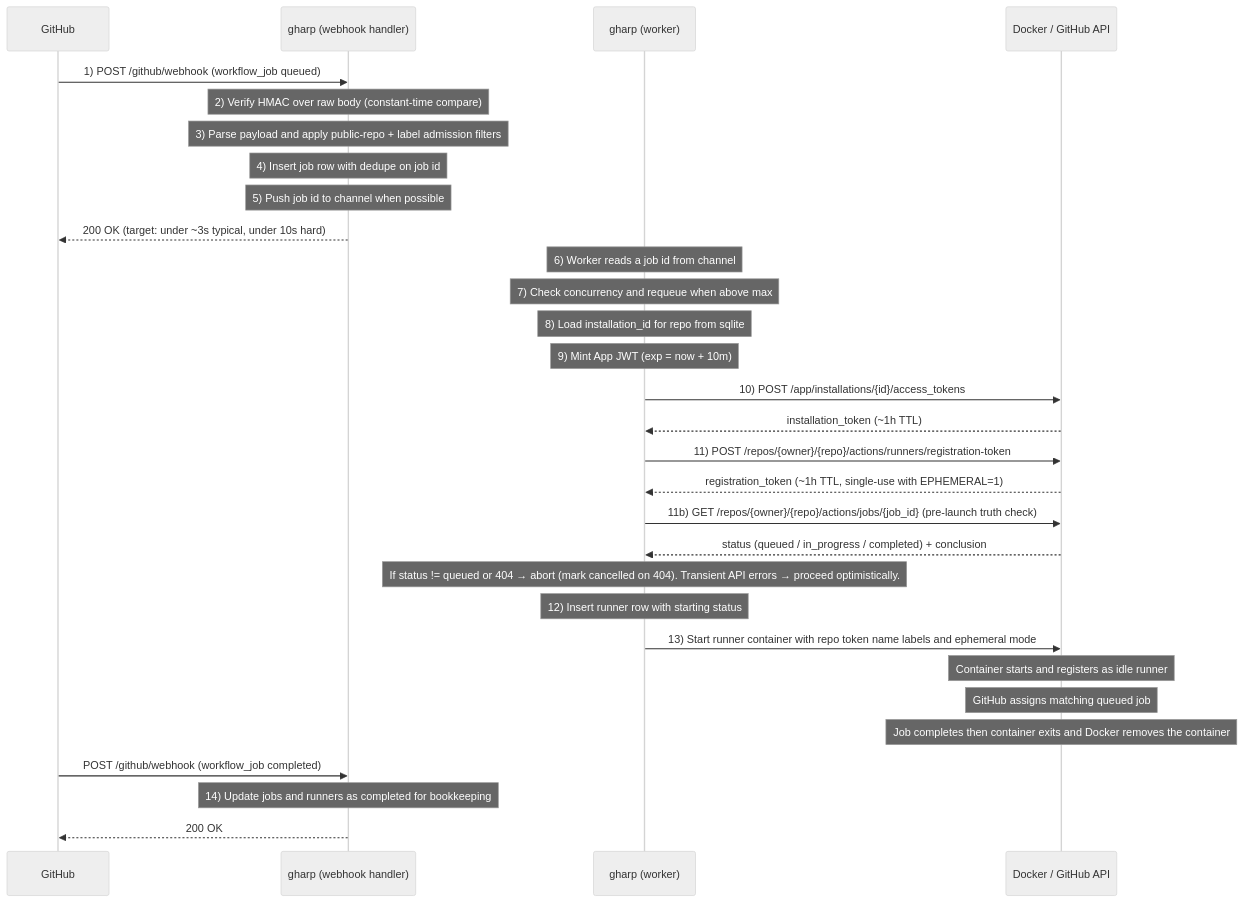
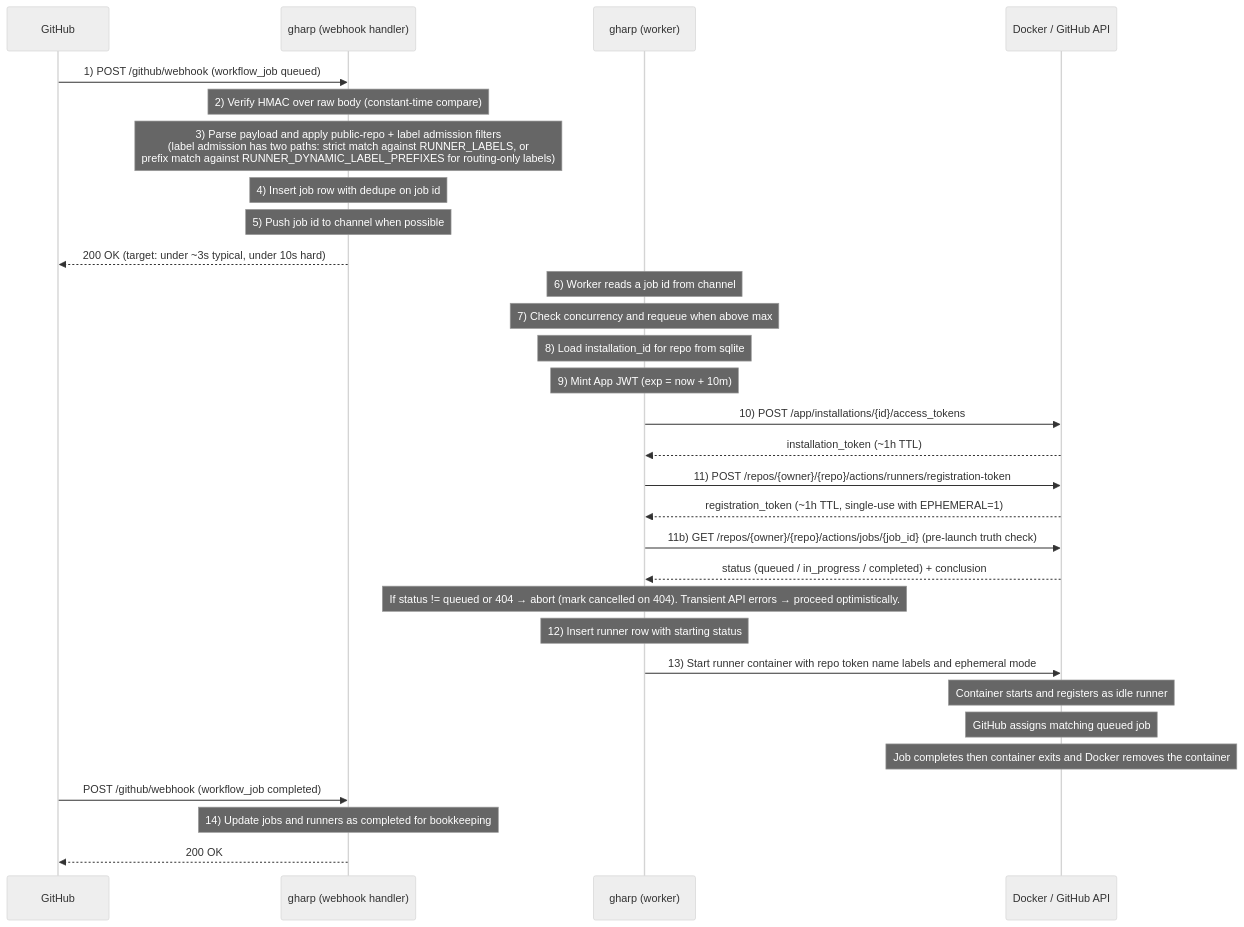
Before and after one commit to muhac/actions-runner-pool: the first of 2 diagrams in docs/architecture.md, drawn with Mermaid (neutral theme). The commit also changed 2 other files, not shown here.

Commit message:
docs(labels): expand dynamic label prefix guidance
Document the per-job assignment race that dynamic labels solve, and
delineate routing-only prefixes from capability labels so users do not
misuse the escape hatch.

- deploy.md: troubleshooting entry for parallel jobs running serially
  or one runner picking up a job meant for another, pointing at a
  per-job gharp-* label as the fix.
- configuration.md: new "Picking dynamic label prefixes" section
  covering the supported use case and two common misuses (declaring
  capabilities through the prefix; widening the prefix to a generic
  namespace).
- architecture.md: clarify in the webhook sequence diagram that label
  admission has two paths (strict RUNNER_LABELS match vs prefix match
  against RUNNER_DYNAMIC_LABEL_PREFIXES).

````diff
--- a/docs/architecture.md
+++ b/docs/architecture.md
@@ -160,39 +160,39 @@
 ```mermaid
 sequenceDiagram
     participant GH as GitHub
     participant WH as gharp (webhook handler)
     participant WK as gharp (worker)
     participant DK as Docker / GitHub API
 
   GH->>WH: 1) POST /github/webhook (workflow_job queued)
     Note over WH: 2) Verify HMAC over raw body (constant-time compare)
-  Note over WH: 3) Parse payload and apply public-repo + label admission filters
+  Note over WH: 3) Parse payload and apply public-repo + label admission filters<br/>(label admission has two paths: strict match against RUNNER_LABELS, or<br/>prefix match against RUNNER_DYNAMIC_LABEL_PREFIXES for routing-only labels)
   Note over WH: 4) Insert job row with dedupe on job id
   Note over WH: 5) Push job id to channel when possible
   WH-->>GH: 200 OK (target: under ~3s typical, under 10s hard)
 
     Note over WK: 6) Worker reads a job id from channel
     Note over WK: 7) Check concurrency and requeue when above max
     Note over WK: 8) Load installation_id for repo from sqlite
     Note over WK: 9) Mint App JWT (exp = now + 10m)
 
     WK->>DK: 10) POST /app/installations/{id}/access_tokens
     DK-->>WK: installation_token (~1h TTL)
 
     WK->>DK: 11) POST /repos/{owner}/{repo}/actions/runners/registration-token
     DK-->>WK: registration_token (~1h TTL, single-use with EPHEMERAL=1)
 
     WK->>DK: 11b) GET /repos/{owner}/{repo}/actions/jobs/{job_id} (pre-launch truth check)
     DK-->>WK: status (queued / in_progress / completed) + conclusion
     Note over WK: If status != queued or 404 → abort (mark cancelled on 404). Transient API errors → proceed optimistically.
 
     Note over WK: 12) Insert runner row with starting status
     WK->>DK: 13) Start runner container with repo token name labels and ephemeral mode
     Note over DK: Container starts and registers as idle runner
     Note over DK: GitHub assigns matching queued job
     Note over DK: Job completes then container exits and Docker removes the container
 
     GH->>WH: POST /github/webhook (workflow_job completed)
     Note over WH: 14) Update jobs and runners as completed for bookkeeping
     WH-->>GH: 200 OK
 ```
````
